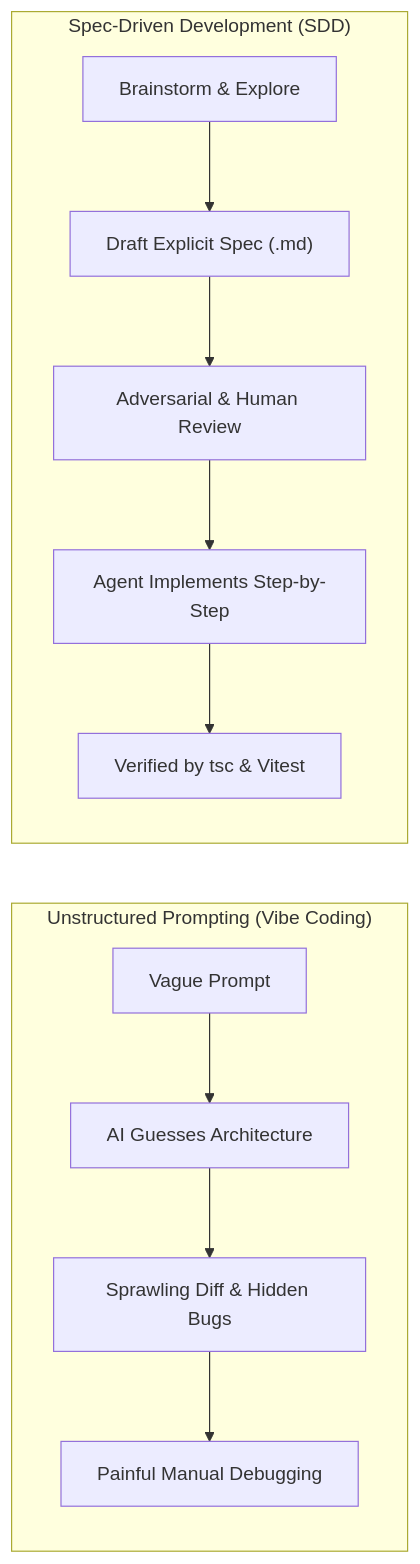
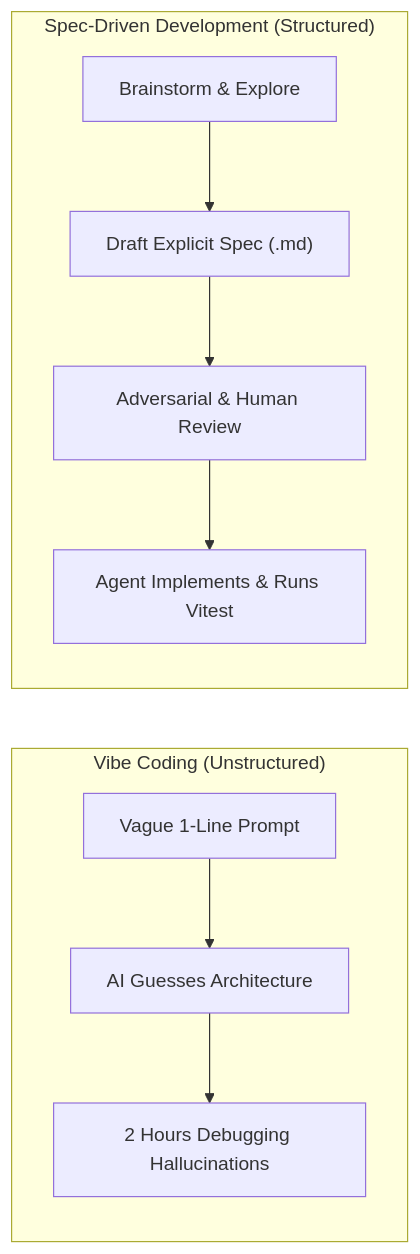
One commit to amitsk/typescript-development-env changed the third of 5 diagrams in 14-llms.md. Above: the diagram before and after it, drawn with Mermaid. The commit also changed other lines of this file and 18 other files, not shown here.

````diff
--- a/14-llms.md
+++ b/14-llms.md
@@ -145,15 +71,13 @@
 ```mermaid
 flowchart LR
-    subgraph Vibe["Unstructured Prompting (Vibe Coding)"]
-        V1["Vague Prompt"] --> V2["AI Guesses Architecture"]
-        V2 --> V3["Sprawling Diff & Hidden Bugs"]
-        V3 --> V4["Painful Manual Debugging"]
+    subgraph Vibe["Vibe Coding (Unstructured)"]
+        V1["Vague 1-Line Prompt"] --> V2["AI Guesses Architecture"]
+        V2 --> V3["2 Hours Debugging Hallucinations"]
     end
 
-    subgraph SDD["Spec-Driven Development (SDD)"]
+    subgraph SDD["Spec-Driven Development (Structured)"]
         S1["Brainstorm & Explore"] --> S2["Draft Explicit Spec (.md)"]
         S2 --> S3["Adversarial & Human Review"]
-        S3 --> S4["Agent Implements Step-by-Step"]
-        S4 --> S5["Verified by tsc & Vitest"]
+        S3 --> S4["Agent Implements & Runs Vitest"]
     end
 ```
````
